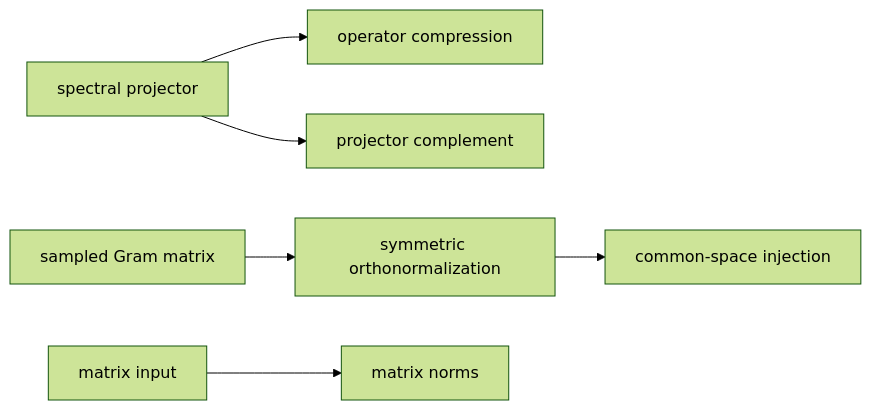
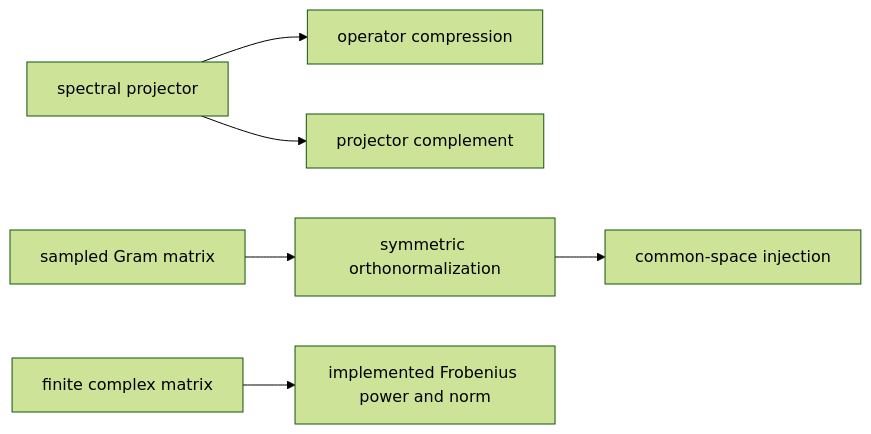
The second of 4 diagrams in docs/architecture/projectkoios/numerics/linalg/schematics.md (eragasa/projectkoios-optimization), drawn with Mermaid (forest theme) before and after one commit. The commit also changed other lines of this file and 9 other files, not shown here.

Commit message:
Add complex-matrix Frobenius values

````diff
--- a/docs/architecture/projectkoios/numerics/linalg/schematics.md
+++ b/docs/architecture/projectkoios/numerics/linalg/schematics.md
@@ -23,8 +23,8 @@
 ```mermaid
 flowchart LR
     P["spectral projector"] --> C["operator compression"]
     P --> K["projector complement"]
     G["sampled Gram matrix"] --> O["symmetric orthonormalization"]
     O --> J["common-space injection"]
-    N["matrix input"] --> M["matrix norms"]
+    N["finite complex matrix"] --> M["implemented Frobenius power and norm"]
 ```
````
